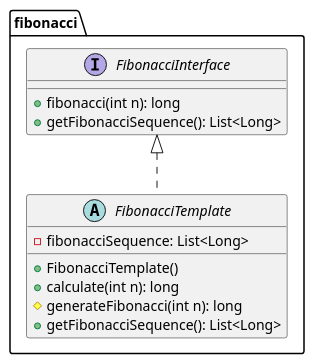
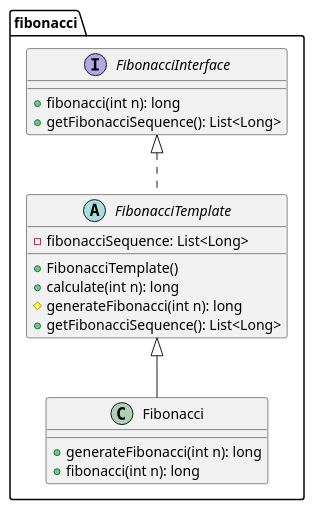
One commit to youatik/FibonacciSequenceUML changed the diagram in FibonacciSequenceUML.puml. Above: the diagram before and after it, drawn with PlantUML.

Commit message:
Added a Fibonacci class

```diff
--- a/FibonacciSequenceUML.puml
+++ b/FibonacciSequenceUML.puml
@@ -1,20 +1,26 @@
 @startuml
 
 package fibonacci {
   interface FibonacciInterface {
     + fibonacci(int n): long
     + getFibonacciSequence(): List<Long>
   }
 
   abstract class FibonacciTemplate {
     - fibonacciSequence: List<Long>
     + FibonacciTemplate()
     + calculate(int n): long
     # generateFibonacci(int n): long
     + getFibonacciSequence(): List<Long>
   }
+
+  class Fibonacci {
+    + generateFibonacci(int n): long
+    + fibonacci(int n): long
+  }
   
   FibonacciInterface <|.. FibonacciTemplate
+  FibonacciTemplate <|-- Fibonacci
 }
 
 @enduml
```
